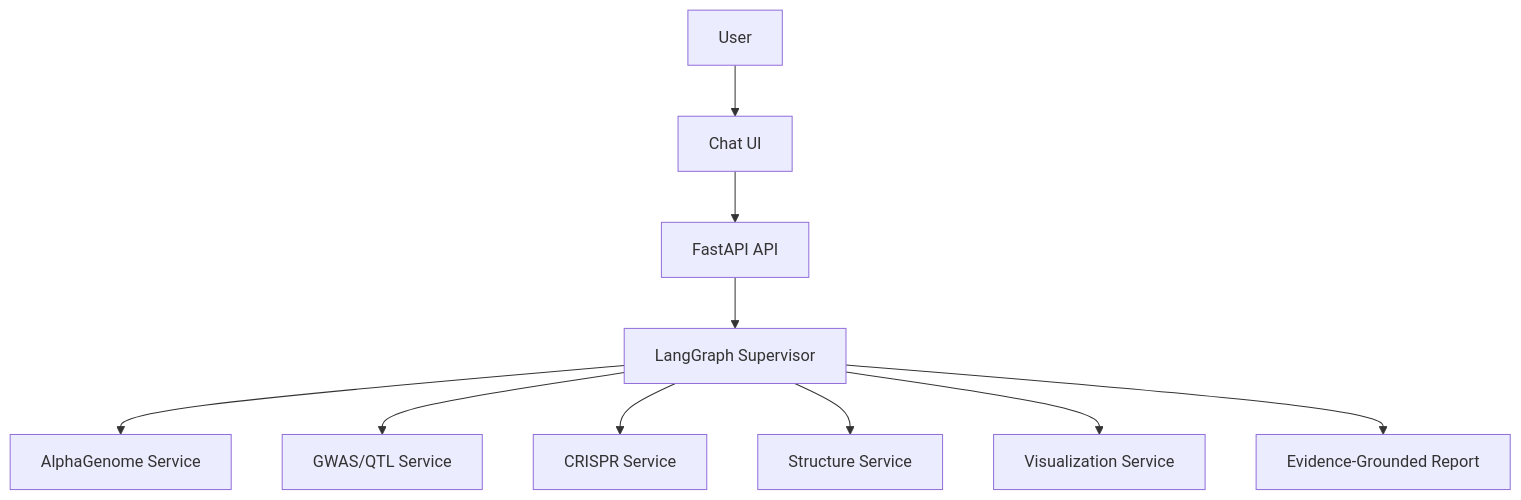
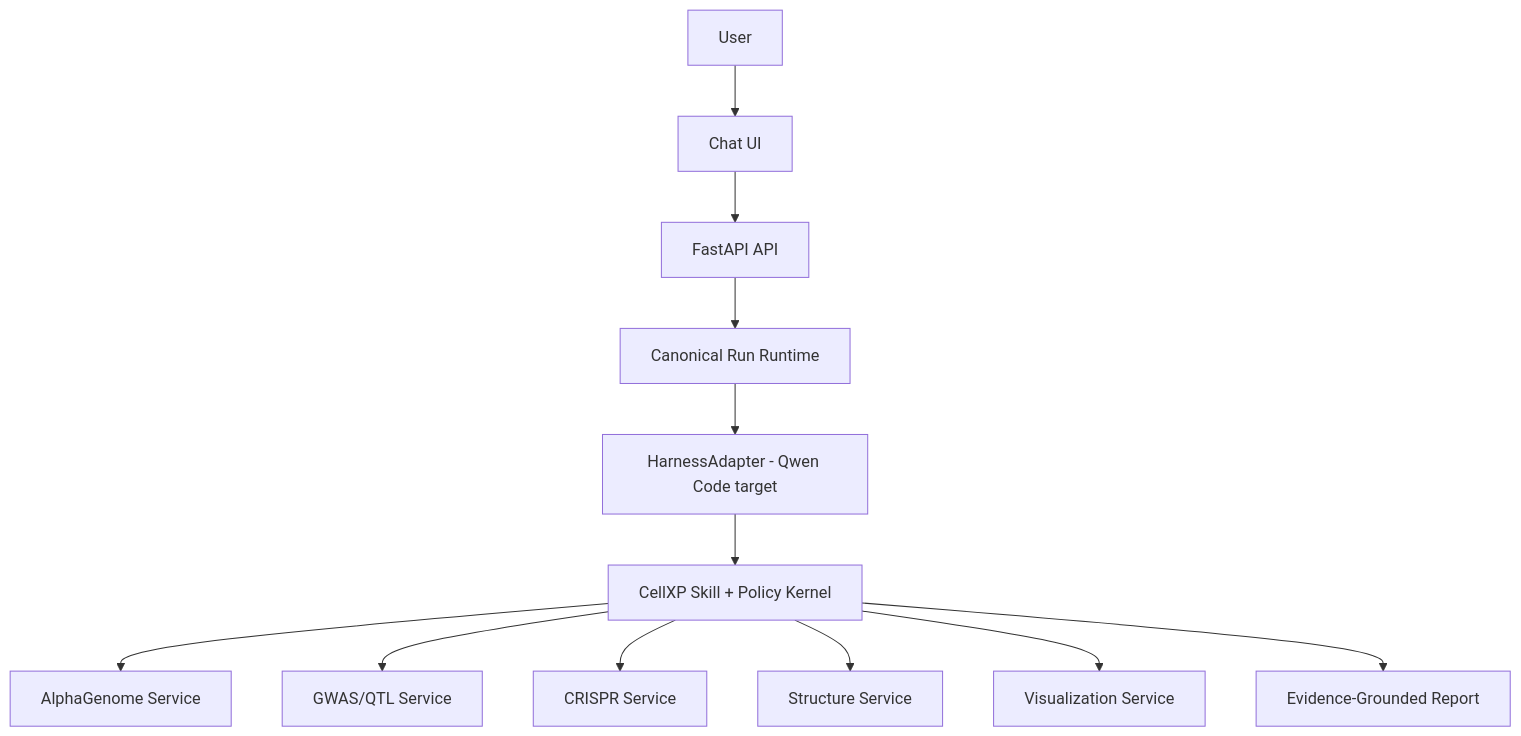
Before and after one commit to adamcatto/CellXP: the diagram in documentation/diagrams/cellxp_graph.mmd, drawn with Mermaid. The commit also changed 27 other files, not shown here.

Commit message:
docs: complete harness architecture migration

```diff
--- a/documentation/diagrams/cellxp_graph.mmd
+++ b/documentation/diagrams/cellxp_graph.mmd
@@ -1,10 +1,12 @@
 flowchart TD
   User[User] --> Chat[Chat UI]
   Chat --> API[FastAPI API]
-  API --> Graph[LangGraph Supervisor]
-  Graph --> AG[AlphaGenome Service]
-  Graph --> GWAS[GWAS/QTL Service]
-  Graph --> CRISPR[CRISPR Service]
-  Graph --> STRUCT[Structure Service]
-  Graph --> VIS[Visualization Service]
-  Graph --> Report[Evidence-Grounded Report]
+  API --> Runtime[Canonical Run Runtime]
+  Runtime --> Harness[HarnessAdapter - Qwen Code target]
+  Harness --> Kernel[CellXP Skill + Policy Kernel]
+  Kernel --> AG[AlphaGenome Service]
+  Kernel --> GWAS[GWAS/QTL Service]
+  Kernel --> CRISPR[CRISPR Service]
+  Kernel --> STRUCT[Structure Service]
+  Kernel --> VIS[Visualization Service]
+  Kernel --> Report[Evidence-Grounded Report]
```
